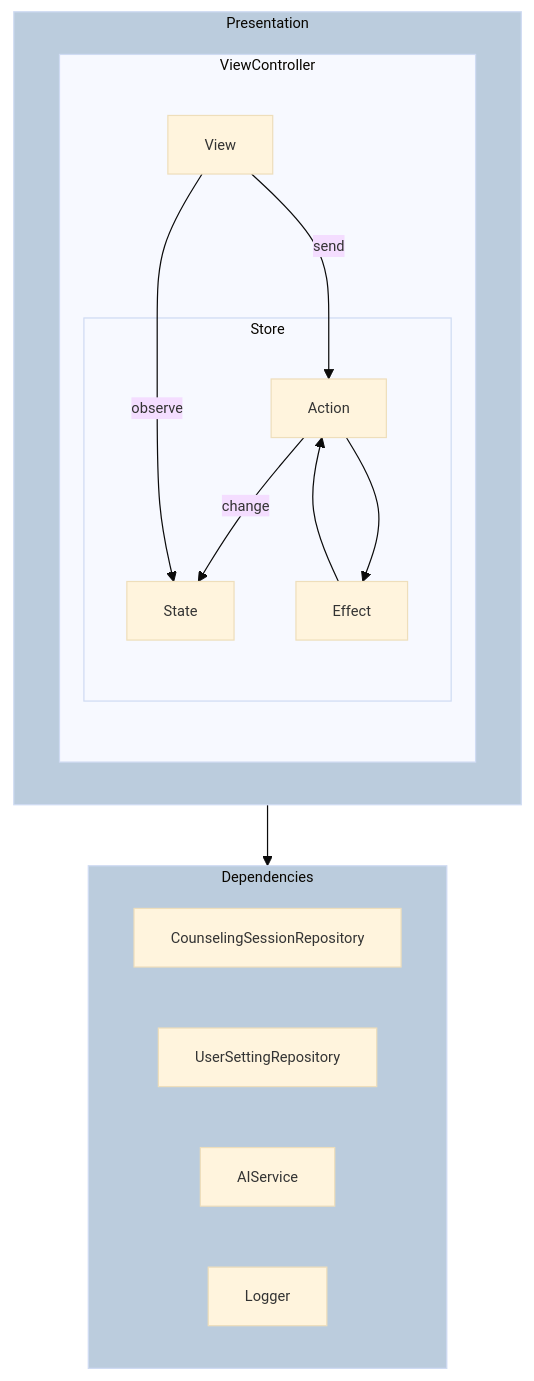
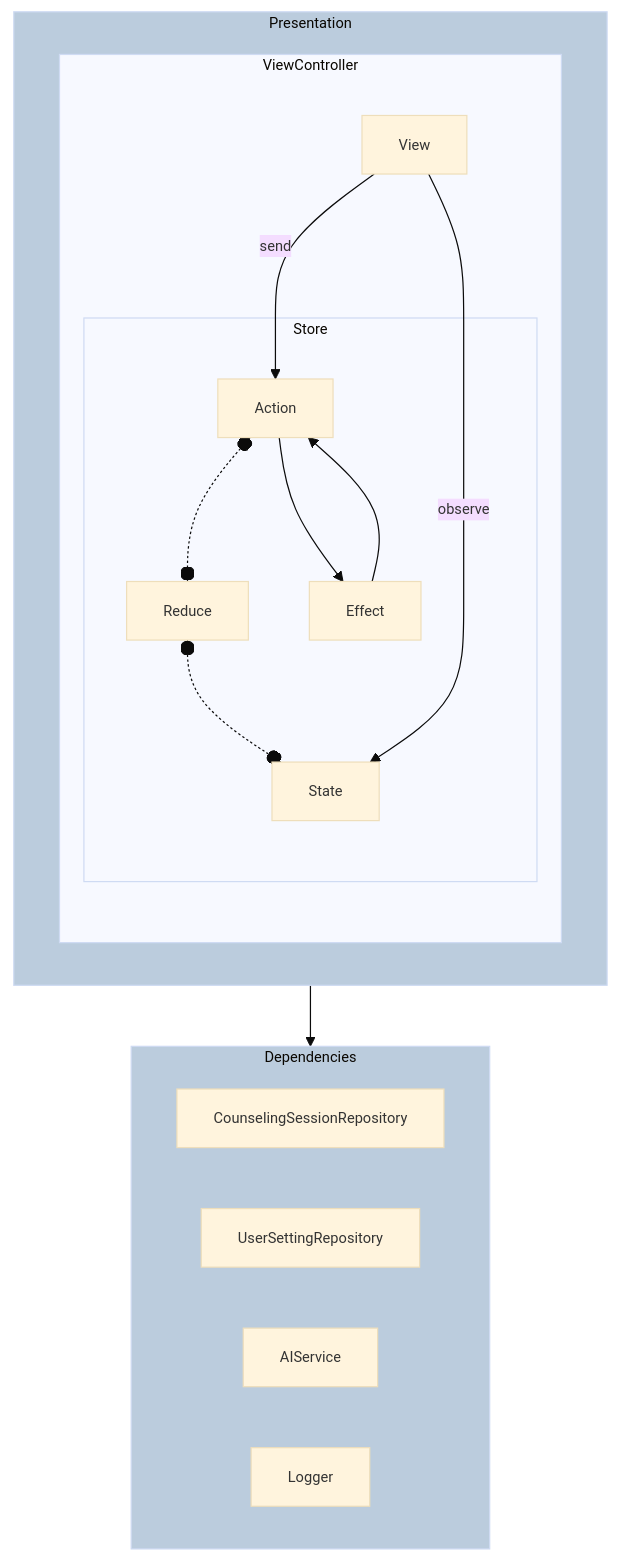
The diagram in README.md (LURKS02/GloomyDiary), drawn with Mermaid before and after one commit.

````diff
--- a/README.md
+++ b/README.md
@@ -62,28 +62,29 @@
 ```mermaid
 %%{init: {"theme": "base", "themeVariables": {"fontSize": "12px", "nodeSpacing": "5"}}}%%
 
 flowchart TD
     subgraph Presentation
     subgraph ViewController
     View -- send --> Action
     subgraph Store
-    Action -- change --> State
+    Action o-.-o Reduce
+    Reduce o-.-o State
     Action --> Effect
     Effect --> Action
     end
     View -- observe --> State
     end
     end
     style Presentation fill:#bcd
 
     subgraph Dependencies
     
     CounselingSessionRepository
     UserSettingRepository
     AIService
     Logger
     end
 
     Presentation-->Dependencies
     style Dependencies fill:#bcd
 ```
````
